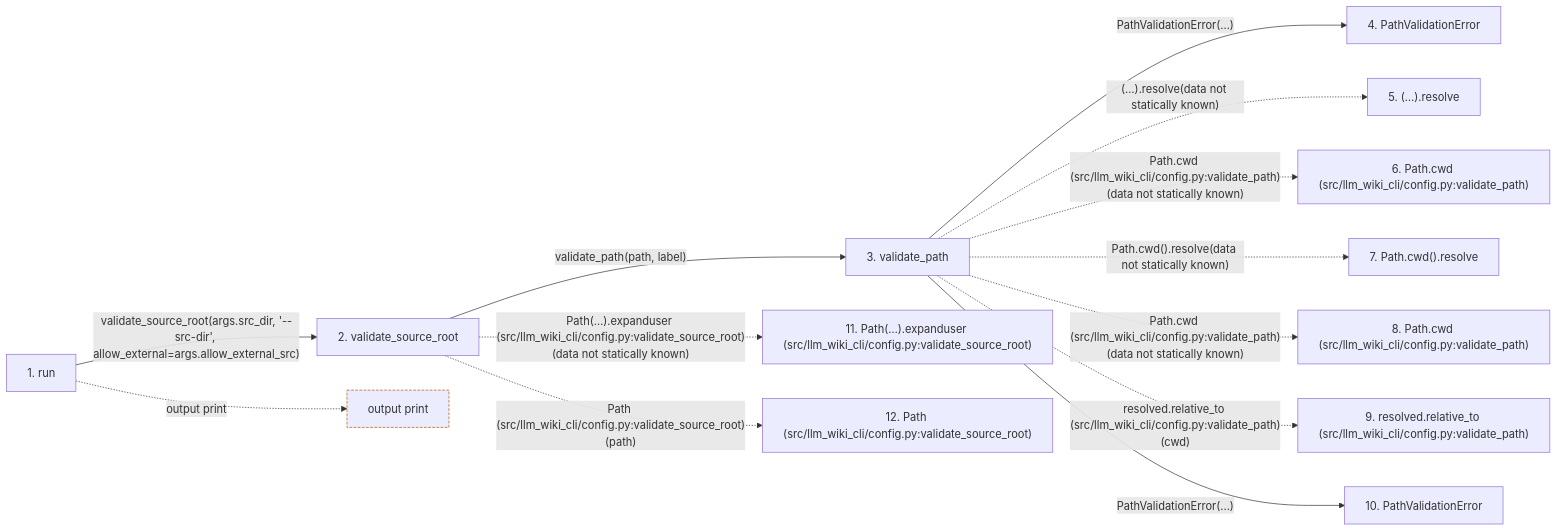
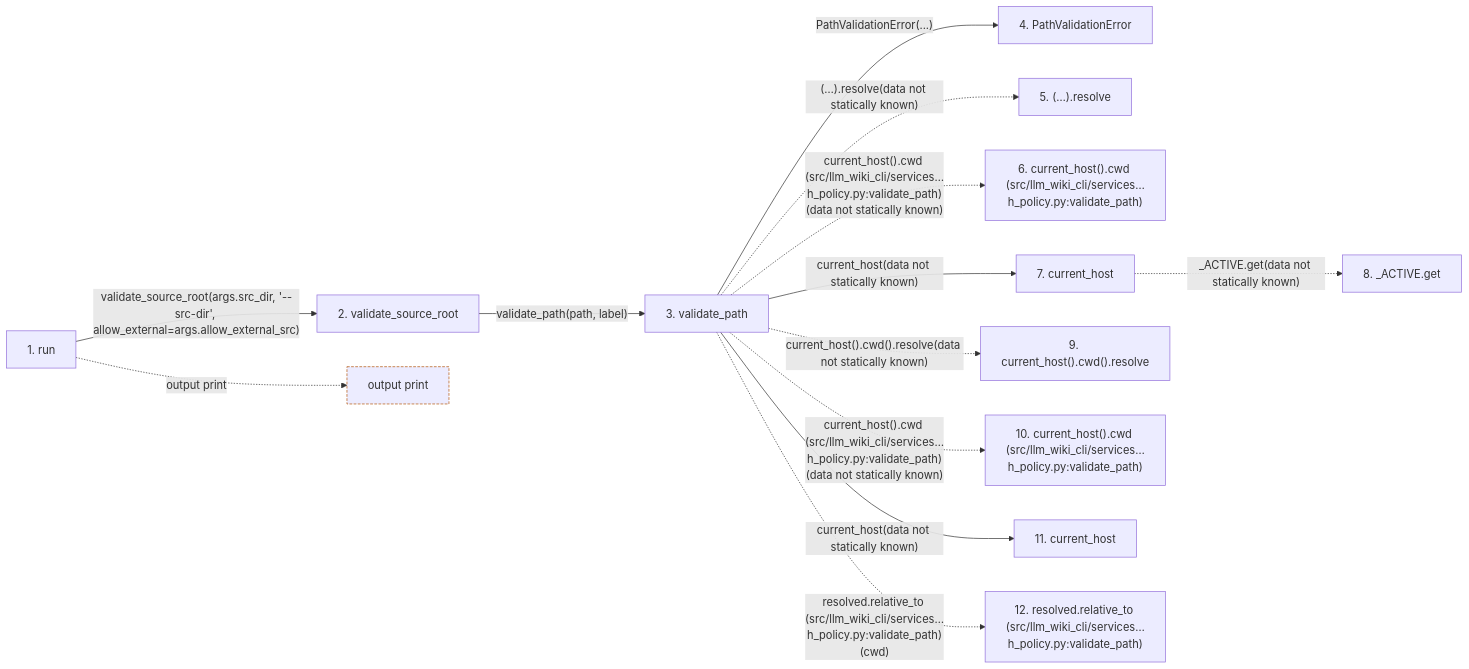
The second of 2 diagrams in docs/llm_wiki/flows/cli-api-diff.md (Denissvgn/python-wiki-llm), drawn with Mermaid before and after one commit. The commit also changed other lines of this file and 1555 other files, not shown here.

````diff
--- a/docs/llm_wiki/flows/cli-api-diff.md
+++ b/docs/llm_wiki/flows/cli-api-diff.md
@@ -139,35 +140,36 @@
 ```mermaid
 flowchart LR
     s1["1. run"]
     s2["2. validate_source_root"]
     s3["3. validate_path"]
     s4["4. PathValidationError"]
     s5["5. (…).resolve"]
-    s6["6. Path.cwd (src/llm_wiki_cli/config.py:validate_path)"]
-    s7["7. Path.cwd().resolve"]
-    s8["8. Path.cwd (src/llm_wiki_cli/config.py:validate_path)"]
-    s9["9. resolved.relative_to (src/llm_wiki_cli/config.py:validate_path)"]
-    s10["10. PathValidationError"]
-    s11["11. Path(…).expanduser (src/llm_wiki_cli/config.py:validate_source_root)"]
-    s12["12. Path (src/llm_wiki_cli/config.py:validate_source_root)"]
+    s6["6. current_host().cwd (src/llm_wiki_cli/services…h_policy.py:validate_path)"]
+    s7["7. current_host"]
+    s8["8. _ACTIVE.get"]
+    s9["9. current_host().cwd().resolve"]
+    s10["10. current_host().cwd (src/llm_wiki_cli/services…h_policy.py:validate_path)"]
+    s11["11. current_host"]
+    s12["12. resolved.relative_to (src/llm_wiki_cli/services…h_policy.py:validate_path)"]
     s1 -->|"validate_source_root(args.src_dir, '--src-dir', allow_external=args.allow_external_src)"| s2
     s2 -->|"validate_path(path, label)"| s3
     s3 -->|"PathValidationError(...)"| s4
     s3 -. "(…).resolve(data not statically known)" .-> s5
-    s3 -. "Path.cwd (src/llm_wiki_cli/config.py:validate_path)(data not statically known)" .-> s6
-    s3 -. "Path.cwd().resolve(data not statically known)" .-> s7
-    s3 -. "Path.cwd (src/llm_wiki_cli/config.py:validate_path)(data not statically known)" .-> s8
-    s3 -. "resolved.relative_to (src/llm_wiki_cli/config.py:validate_path)(cwd)" .-> s9
-    s3 -->|"PathValidationError(...)"| s10
-    s2 -. "Path(…).expanduser (src/llm_wiki_cli/config.py:validate_source_root)(data not statically known)" .-> s11
-    s2 -. "Path (src/llm_wiki_cli/config.py:validate_source_root)(path)" .-> s12
+    s3 -. "current_host().cwd (src/llm_wiki_cli/services…h_policy.py:validate_path)(data not statically known)" .-> s6
+    s3 -->|"current_host(data not statically known)"| s7
+    s7 -. "_ACTIVE.get(data not statically known)" .-> s8
+    s3 -. "current_host().cwd().resolve(data not statically known)" .-> s9
+    s3 -. "current_host().cwd (src/llm_wiki_cli/services…h_policy.py:validate_path)(data not statically known)" .-> s10
+    s3 -->|"current_host(data not statically known)"| s11
+    s3 -. "resolved.relative_to (src/llm_wiki_cli/services…h_policy.py:validate_path)(cwd)" .-> s12
     b0["output print"]
     s1 -. "output print" .-> b0
     click s1 "../modules/api_diff_cmd.md"
-    click s2 "../modules/config.md"
-    click s3 "../modules/config.md"
-    click s4 "../modules/config.md"
-    click s10 "../modules/config.md"
+    click s2 "../modules/path_policy.md"
+    click s3 "../modules/path_policy.md"
+    click s4 "../modules/path_policy.md"
+    click s7 "../modules/host.md"
+    click s11 "../modules/host.md"
     classDef boundary stroke:#b45309,stroke-dasharray: 4 2
     class b0 boundary
 ```
````
